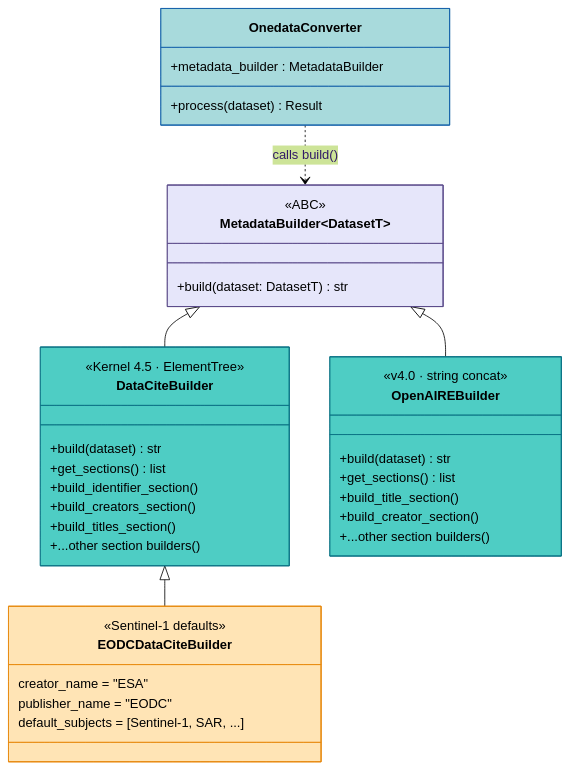
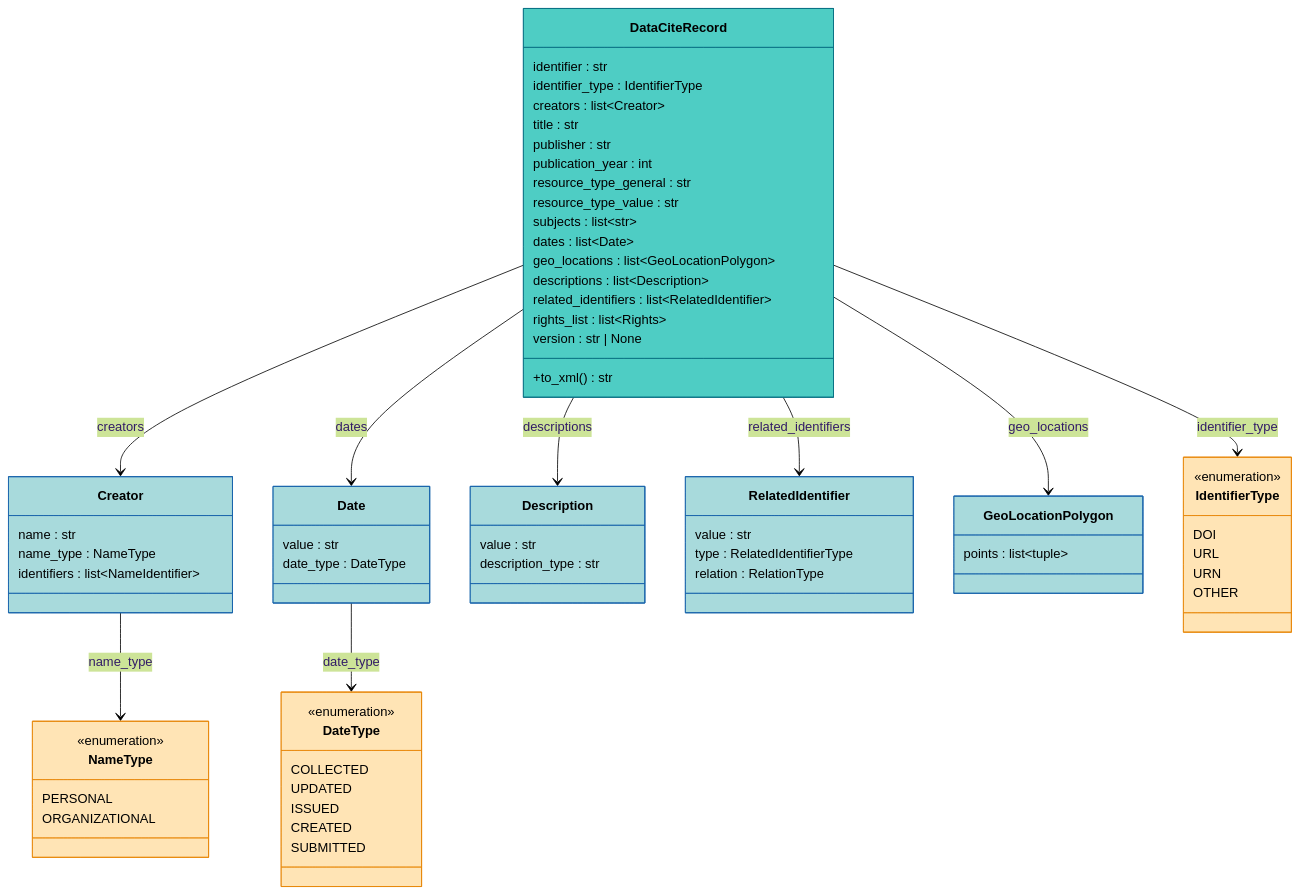
One commit to bergamote156/repository-crawlers changed the second of 3 diagrams in docs/crawlers/arch/metadata.md. Above: the diagram before and after it, drawn with Mermaid (forest theme). The commit also changed other lines of this file and 7 other files, not shown here.

````diff
--- a/docs/crawlers/arch/metadata.md
+++ b/docs/crawlers/arch/metadata.md
@@ -47,49 +97,89 @@
 ```mermaid
 classDiagram
-    class MetadataBuilder~DatasetT~ {
-        <<ABC>>
-        +build(dataset: DatasetT) str
+    class DataCiteRecord {
+        identifier : str
+        identifier_type : IdentifierType
+        creators : list~Creator~
+        title : str
+        publisher : str
+        publication_year : int
+        resource_type_general : str
+        resource_type_value : str
+        subjects : list~str~
+        dates : list~Date~
+        geo_locations : list~GeoLocationPolygon~
+        descriptions : list~Description~
+        related_identifiers : list~RelatedIdentifier~
+        rights_list : list~Rights~
+        version : str | None
+        +to_xml() str
     }
 
-    class DataCiteBuilder {
-        <<Kernel 4.5 · ElementTree>>
-        +build(dataset) str
-        +get_sections() list
-        +build_identifier_section()
-        +build_creators_section()
-        +build_titles_section()
-        +...other section builders()
+    class Creator {
+        name : str
+        name_type : NameType
+        identifiers : list~NameIdentifier~
     }
 
-    class EODCDataCiteBuilder {
-        <<Sentinel-1 defaults>>
-        creator_name = "ESA"
-        publisher_name = "EODC"
-        default_subjects = [Sentinel-1, SAR, ...]
+    class Date {
+        value : str
+        date_type : DateType
     }
 
-    class OpenAIREBuilder {
-        <<v4.0 · string concat>>
-        +build(dataset) str
-        +get_sections() list
-        +build_title_section()
-        +build_creator_section()
-        +...other section builders()
+    class Description {
+        value : str
+        description_type : str
     }
 
-    class OnedataConverter {
-        +metadata_builder : MetadataBuilder
-        +process(dataset) Result
+    class RelatedIdentifier {
+        value : str
+        type : RelatedIdentifierType
+        relation : RelationType
     }
 
-    MetadataBuilder <|-- DataCiteBuilder
-    MetadataBuilder <|-- OpenAIREBuilder
-    DataCiteBuilder <|-- EODCDataCiteBuilder
-    OnedataConverter ..> MetadataBuilder : calls build()
+    class GeoLocationPolygon {
+        points : list~tuple~
+    }
 
-    style MetadataBuilder fill:#E6E6FA,stroke:#5B4B8A,color:#000
-    style DataCiteBuilder fill:#4ECDC4,stroke:#0B7285,color:#000
-    style OpenAIREBuilder fill:#4ECDC4,stroke:#0B7285,color:#000
-    style EODCDataCiteBuilder fill:#FFE4B5,stroke:#E8890C,color:#000
-    style OnedataConverter fill:#A8DADC,stroke:#1864AB,color:#000
+    class IdentifierType {
+        <<enumeration>>
+        DOI
+        URL
+        URN
+        OTHER
+    }
+
+    class DateType {
+        <<enumeration>>
+        COLLECTED
+        UPDATED
+        ISSUED
+        CREATED
+        SUBMITTED
+    }
+
+    class NameType {
+        <<enumeration>>
+        PERSONAL
+        ORGANIZATIONAL
+    }
+
+    DataCiteRecord --> Creator : creators
+    DataCiteRecord --> Date : dates
+    DataCiteRecord --> Description : descriptions
+    DataCiteRecord --> RelatedIdentifier : related_identifiers
+    DataCiteRecord --> GeoLocationPolygon : geo_locations
+    DataCiteRecord --> IdentifierType : identifier_type
+    Creator --> NameType : name_type
+    Date --> DateType : date_type
+
+    style DataCiteRecord fill:#4ECDC4,stroke:#0B7285,color:#000
+    style Creator fill:#A8DADC,stroke:#1864AB,color:#000
+    style Date fill:#A8DADC,stroke:#1864AB,color:#000
+    style Description fill:#A8DADC,stroke:#1864AB,color:#000
+    style RelatedIdentifier fill:#A8DADC,stroke:#1864AB,color:#000
+    style GeoLocationPolygon fill:#A8DADC,stroke:#1864AB,color:#000
+    style IdentifierType fill:#FFE4B5,stroke:#E8890C,color:#000
+    style DateType fill:#FFE4B5,stroke:#E8890C,color:#000
+    style NameType fill:#FFE4B5,stroke:#E8890C,color:#000
 ```
````
